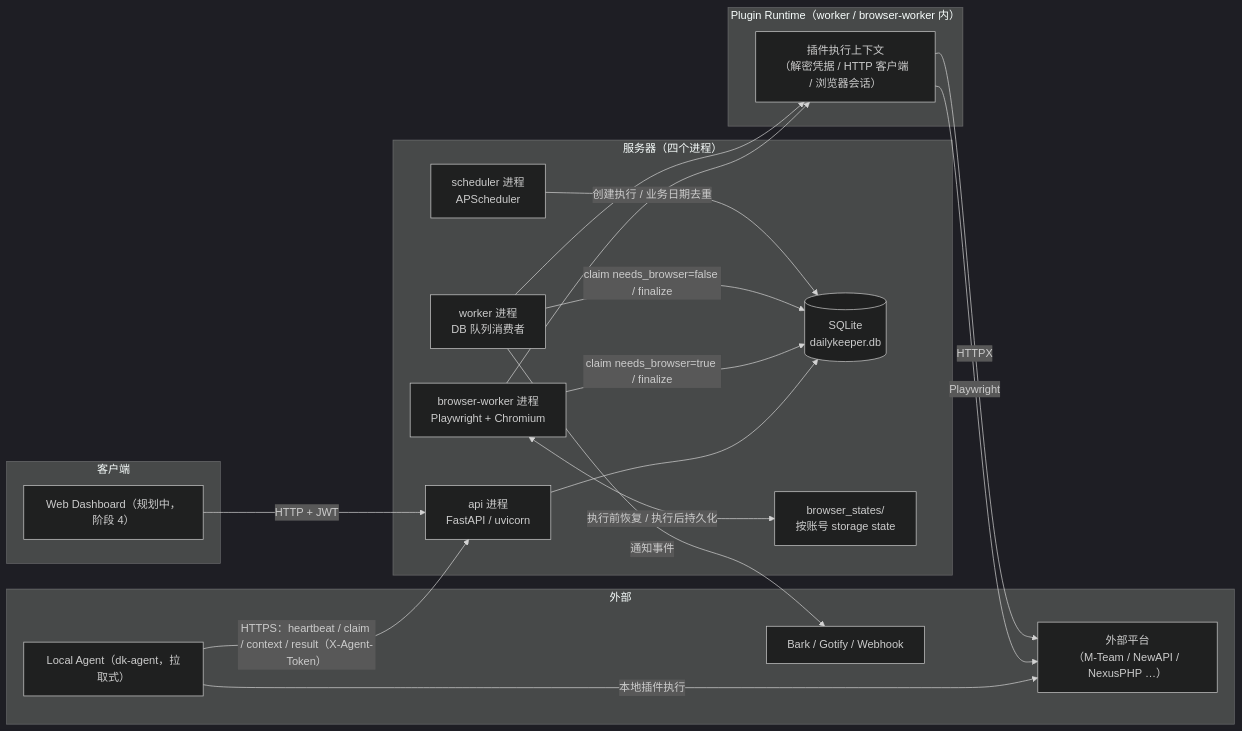
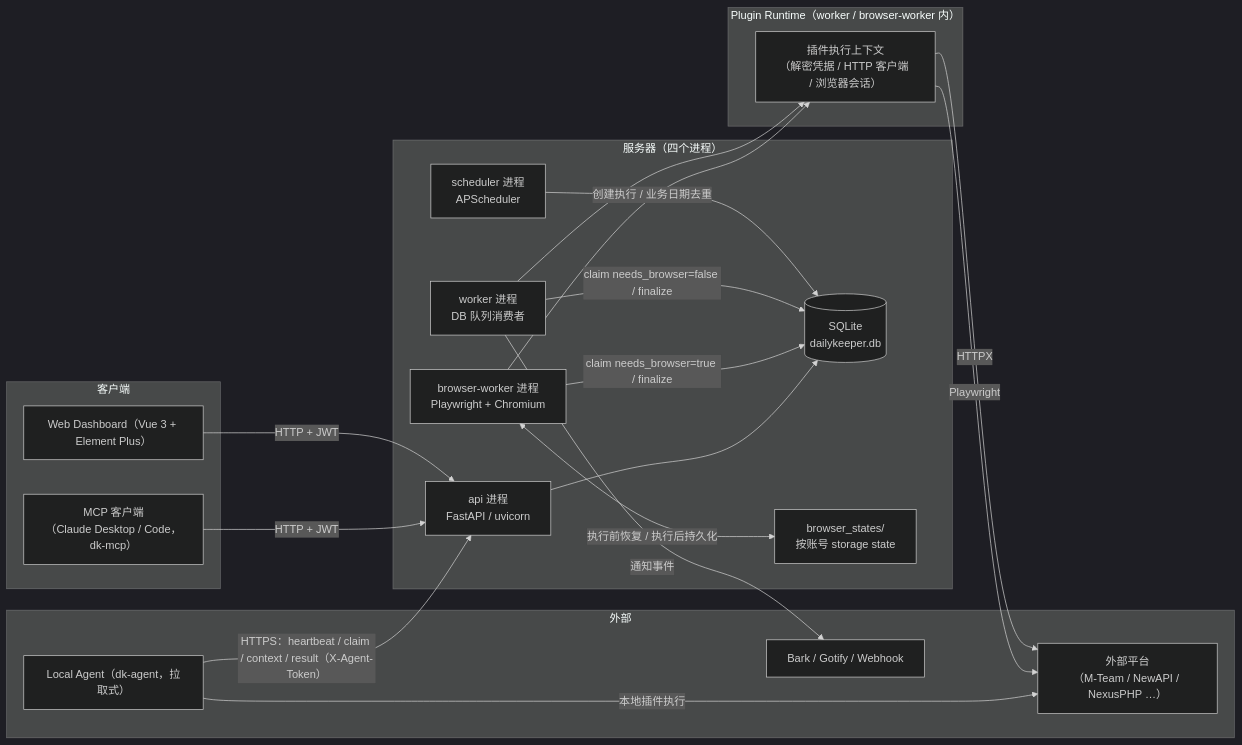
One commit to ahao430/DailyKeeper changed the second of 2 diagrams in docs/ARCHITECTURE.md. Above: the diagram before and after it, drawn with Mermaid (dark theme). The commit also changed other lines of this file and 5 other files, not shown here.

````diff
--- a/docs/ARCHITECTURE.md
+++ b/docs/ARCHITECTURE.md
@@ -66,39 +66,41 @@
 ```mermaid
 flowchart LR
     subgraph client["客户端"]
-        UI["Web Dashboard（规划中，阶段 4）"]
+        UI["Web Dashboard（Vue 3 + Element Plus）"]
+        MCP["MCP 客户端\n（Claude Desktop / Code，dk-mcp）"]
     end
 
     subgraph server["服务器（四个进程）"]
         API["api 进程\nFastAPI / uvicorn"]
         SCH["scheduler 进程\nAPScheduler"]
         WK["worker 进程\nDB 队列消费者"]
         BW["browser-worker 进程\nPlaywright + Chromium"]
         DB[("SQLite\ndailykeeper.db")]
         ST["browser_states/\n按账号 storage state"]
     end
 
     subgraph runtime["Plugin Runtime（worker / browser-worker 内）"]
         PR["插件执行上下文\n（解密凭据 / HTTP 客户端 / 浏览器会话）"]
     end
 
     subgraph ext["外部"]
         P1["外部平台\n（M-Team / NewAPI / NexusPHP …）"]
         LA["Local Agent（dk-agent，拉取式）"]
         N["Bark / Gotify / Webhook"]
     end
 
     UI -->|HTTP + JWT| API
+    MCP -->|HTTP + JWT| API
     SCH -->|创建执行 / 业务日期去重| DB
     WK -->|claim needs_browser=false / finalize| DB
     BW -->|claim needs_browser=true / finalize| DB
     API --> DB
     WK --> PR
     BW --> PR
     BW <-->|执行前恢复 / 执行后持久化| ST
     PR -->|HTTPX| P1
     PR -->|Playwright| P1
     LA -->|"HTTPS：heartbeat / claim / context / result（X-Agent-Token）"| API
     LA -->|本地插件执行| P1
     WK -->|通知事件| N
 ```
````
